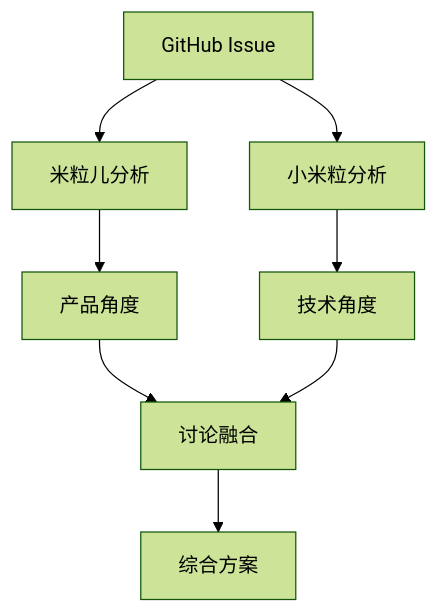
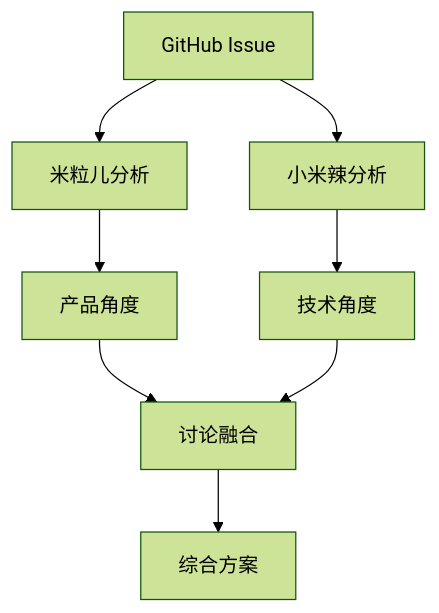
Before and after one commit to zhaog100/openclaw-skills: the second of 6 diagrams in docs/DUAL_MILI_SYSTEM_V3_INTEGRATED.md, drawn with Mermaid (forest theme). The commit also changed other lines of this file and 62 other files, not shown here.

````diff
--- a/docs/DUAL_MILI_SYSTEM_V3_INTEGRATED.md
+++ b/docs/DUAL_MILI_SYSTEM_V3_INTEGRATED.md
@@ -81,10 +81,10 @@
 ```mermaid
 graph TB
     A[GitHub Issue] --> B[米粒儿分析]
-    A --> C[小米粒分析]
+    A --> C[小米辣分析]
     B --> D[产品角度]
     C --> E[技术角度]
     D --> F[讨论融合]
     E --> F
     F --> G[综合方案]
 ```
````
